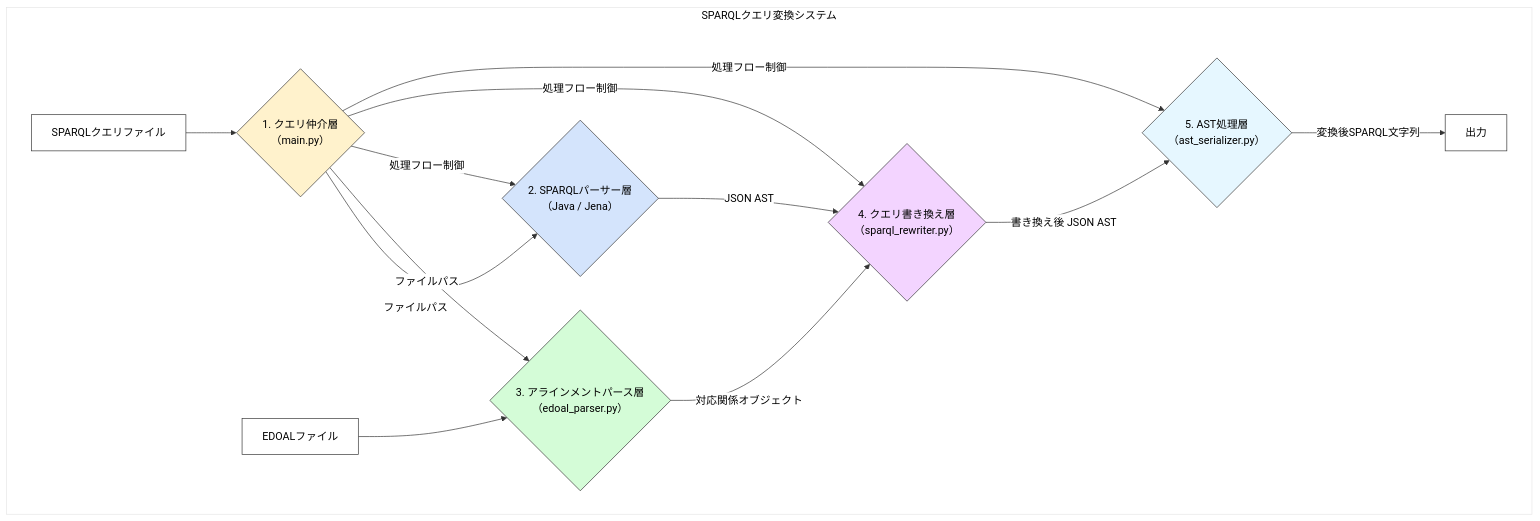
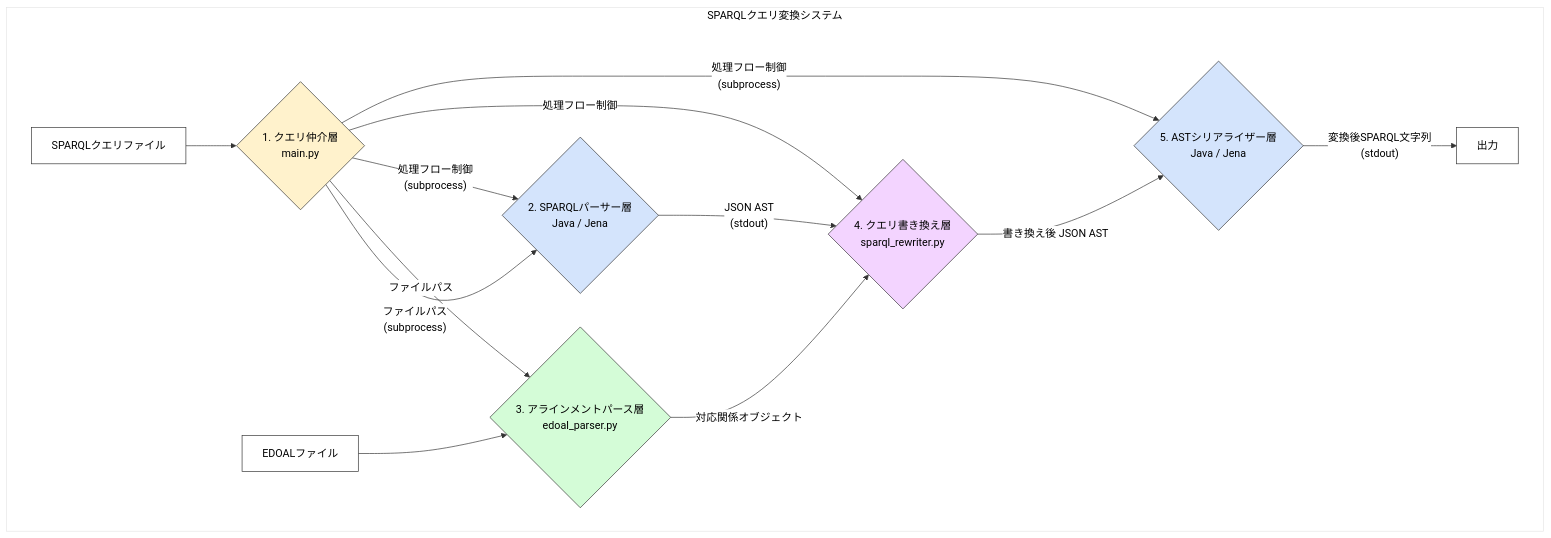
One commit to terasaki-8910/sparql-translator-complex-alignment-master changed the diagram in res/archtect.md. Above: the diagram before and after it, drawn with Mermaid. The commit also changed 51 other files, not shown here.

````diff
--- a/res/archtect.md
+++ b/res/archtect.md
@@ -1,31 +1,29 @@
 ```mermaid
 %%{init: {'theme':'base', 'themeVariables': { 'primaryColor':'#fff','primaryTextColor':'#000','primaryBorderColor':'#333','lineColor':'#333','secondaryColor':'#fff','tertiaryColor':'#fff','background':'#fff','mainBkg':'#fff','secondBkg':'#fff'}}}%%
 graph TD
     subgraph SPARQLクエリ変換システム
-        A[SPARQLクエリファイル] --> B{1. クエリ仲介層<br>（main.py）};
-        B -- ファイルパス --> C{2. SPARQLパーサー層<br>（Java / Jena）};
-        C -- JSON AST --> D{4. クエリ書き換え層<br>（sparql_rewriter.py）};
-        E[EDOALファイル] --> F{3. アラインメントパース層<br>（edoal_parser.py）};
+        A[SPARQLクエリファイル] --> B{1. クエリ仲介層<br>main.py};
+        B -- "ファイルパス<br>(subprocess)" --> C{2. SPARQLパーサー層<br>Java / Jena};
+        C -- "JSON AST<br>(stdout)" --> D{4. クエリ書き換え層<br>sparql_rewriter.py};
+        E[EDOALファイル] --> F{3. アラインメントパース層<br>edoal_parser.py};
         F -- 対応関係オブジェクト --> D;
-        D -- 書き換え後 JSON AST --> G{5. AST処理層<br>（ast_serializer.py）};
-        G -- 変換後SPARQL文字列 --> H[出力];
+        D -- 書き換え後 JSON AST --> G{5. ASTシリアライザー層<br>Java / Jena};
+        G -- "変換後SPARQL文字列<br>(stdout)" --> H[出力];
         B -- ファイルパス --> F;
-        B -- 処理フロー制御 --> C;
+        B -- "処理フロー制御<br>(subprocess)" --> C;
         B -- 処理フロー制御 --> D;
-        B -- 処理フロー制御 --> G;
+        B -- "処理フロー制御<br>(subprocess)" --> G;
     end
 
     classDef mediator fill:#fff2cc,stroke:#333,stroke-width:1px;
-    classDef parser fill:#d4e4fc,stroke:#333,stroke-width:1px;
+    classDef javaLayer fill:#d4e4fc,stroke:#333,stroke-width:1px;
     classDef alignment fill:#d4fcd7,stroke:#333,stroke-width:1px;
     classDef rewriter fill:#f3d4ff,stroke:#333,stroke-width:1px;
-    classDef serializer fill:#e6f7ff,stroke:#333,stroke-width:1px;
     classDef default fill:#ffffff,stroke:#333,stroke-width:1px;
 
     class B mediator;
-    class C parser;
+    class C,G javaLayer;
     class F alignment;
     class D rewriter;
-    class G serializer;
     class A,E,H default;
 ```
````
